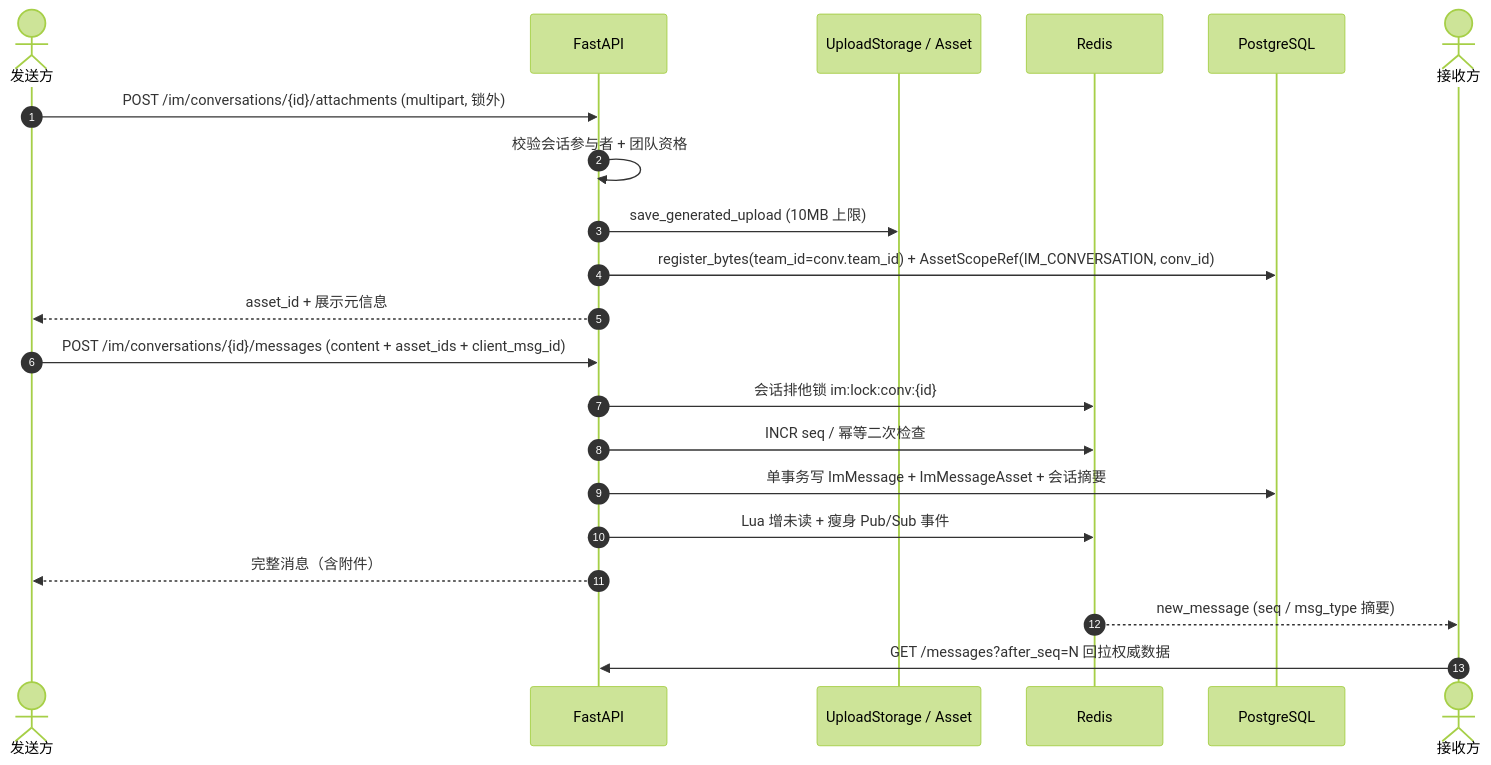
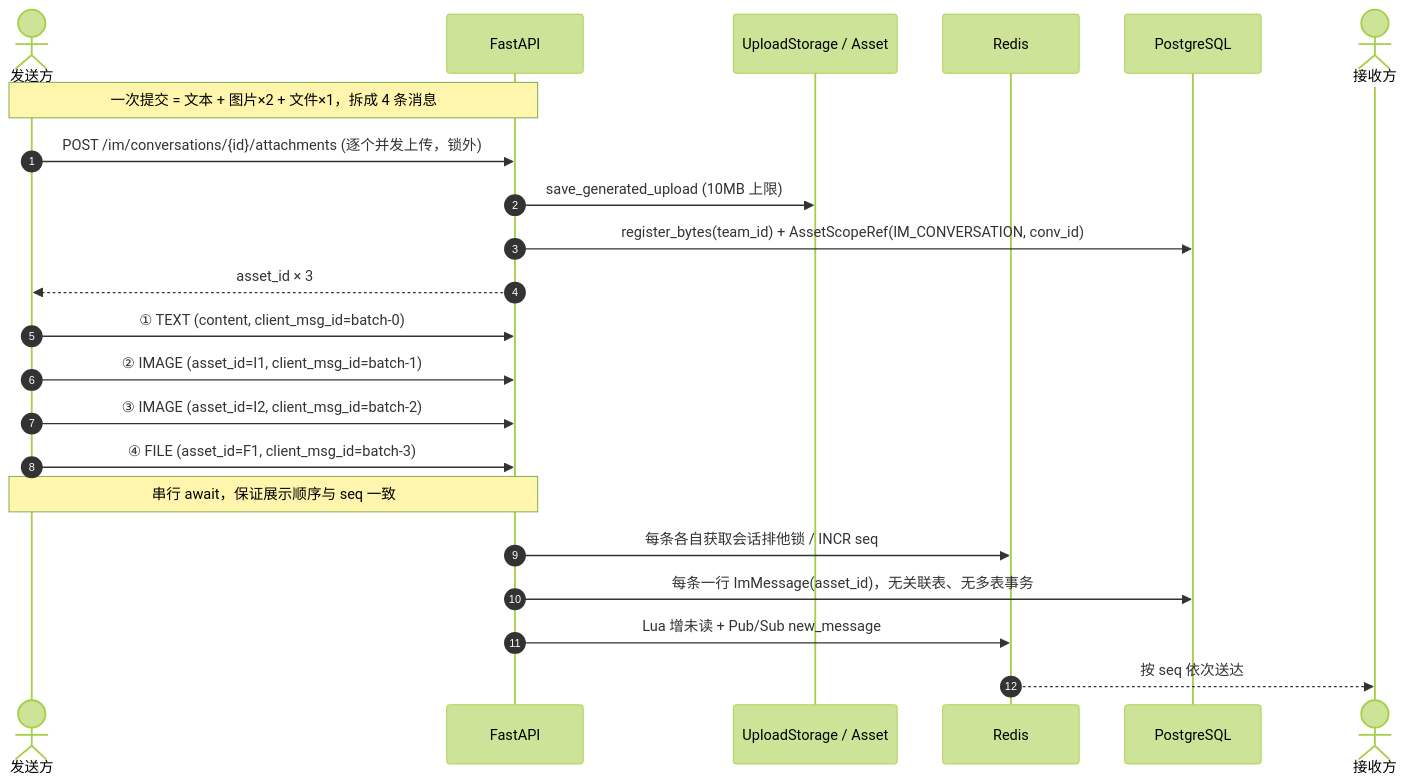
The diagram in docs/plan/im-rich-media.md (clouisle/Clouisle), drawn with Mermaid (forest theme) before and after one commit. The commit also changed other lines of this file and 1 other file, not shown here.

Commit message:
docs(im): finalize rich-media scope as split sends of image/file messages

````diff
--- a/docs/plan/im-rich-media.md
+++ b/docs/plan/im-rich-media.md
@@ -41,25 +41,26 @@
 ```mermaid
-sequenceDiagram
+    sequenceDiagram
     autonumber
     actor A as 发送方
     participant API as FastAPI
     participant Store as UploadStorage / Asset
     participant Redis as Redis
     participant DB as PostgreSQL
     actor B as 接收方
 
-    A->>API: POST /im/conversations/{id}/attachments (multipart, 锁外)
-    API->>API: 校验会话参与者 + 团队资格
+    Note over A,API: 一次提交 = 文本 + 图片×2 + 文件×1，拆成 4 条消息
+    A->>API: POST /im/conversations/{id}/attachments (逐个并发上传，锁外)
     API->>Store: save_generated_upload (10MB 上限)
-    API->>DB: register_bytes(team_id=conv.team_id) + AssetScopeRef(IM_CONVERSATION, conv_id)
-    API-->>A: asset_id + 展示元信息
+    API->>DB: register_bytes(team_id) + AssetScopeRef(IM_CONVERSATION, conv_id)
+    API-->>A: asset_id × 3
 
-    A->>API: POST /im/conversations/{id}/messages (content + asset_ids + client_msg_id)
-    API->>Redis: 会话排他锁 im:lock:conv:{id}
-    API->>Redis: INCR seq / 幂等二次检查
-    API->>DB: 单事务写 ImMessage + ImMessageAsset + 会话摘要
-    API->>Redis: Lua 增未读 + 瘦身 Pub/Sub 事件
-    API-->>A: 完整消息（含附件）
-    Redis-->>B: new_message (seq / msg_type 摘要)
-    B->>API: GET /messages?after_seq=N 回拉权威数据
+    A->>API: ① TEXT (content, client_msg_id=batch-0)
+    A->>API: ② IMAGE (asset_id=I1, client_msg_id=batch-1)
+    A->>API: ③ IMAGE (asset_id=I2, client_msg_id=batch-2)
+    A->>API: ④ FILE (asset_id=F1, client_msg_id=batch-3)
+    Note over A,API: 串行 await，保证展示顺序与 seq 一致
+    API->>Redis: 每条各自获取会话排他锁 / INCR seq
+    API->>DB: 每条一行 ImMessage(asset_id)，无关联表、无多表事务
+    API->>Redis: Lua 增未读 + Pub/Sub new_message
+    Redis-->>B: 按 seq 依次送达
 ```
````
